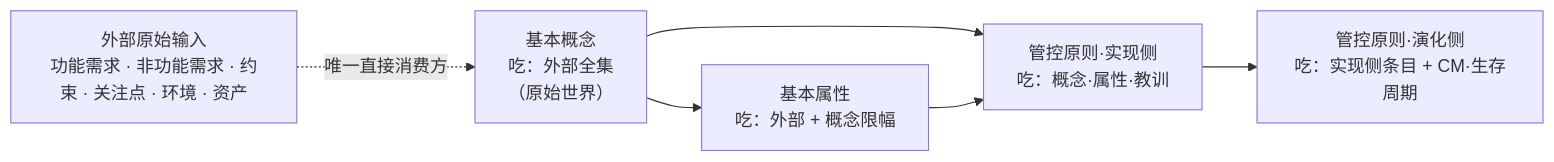
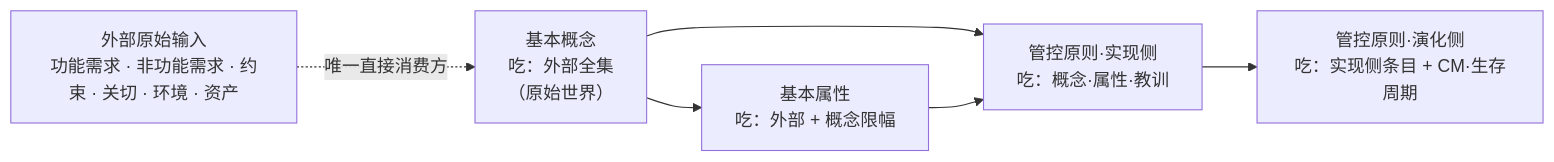
Before and after one commit to Yongjunzhou/business-Engineering: diagram 11 of 11 in 10-系统工程研究/00-系统工程相关研究报告/10-架构设计方法论全景研究报告.md, drawn with Mermaid. The commit also changed other lines of this file and 33 other files, not shown here.

````diff
--- a/10-系统工程研究/00-系统工程相关研究报告/10-架构设计方法论全景研究报告.md
+++ b/10-系统工程研究/00-系统工程相关研究报告/10-架构设计方法论全景研究报告.md
@@ -896,9 +896,9 @@
 ```mermaid
 flowchart LR
-    EXT["外部原始输入<br/>功能需求 · 非功能需求 · 约束 · 关注点 · 环境 · 资产"]
+    EXT["外部原始输入<br/>功能需求 · 非功能需求 · 约束 · 关切 · 环境 · 资产"]
     C[基本概念<br/>吃：外部全集<br/>（原始世界）] --> A[基本属性<br/>吃：外部 + 概念限幅]
     C --> R1[管控原则·实现侧<br/>吃：概念·属性·教训]
     A --> R1
     R1 --> R2[管控原则·演化侧<br/>吃：实现侧条目 + CM·生存周期]
     EXT -. 唯一直接消费方 .-> C
 ```
````
